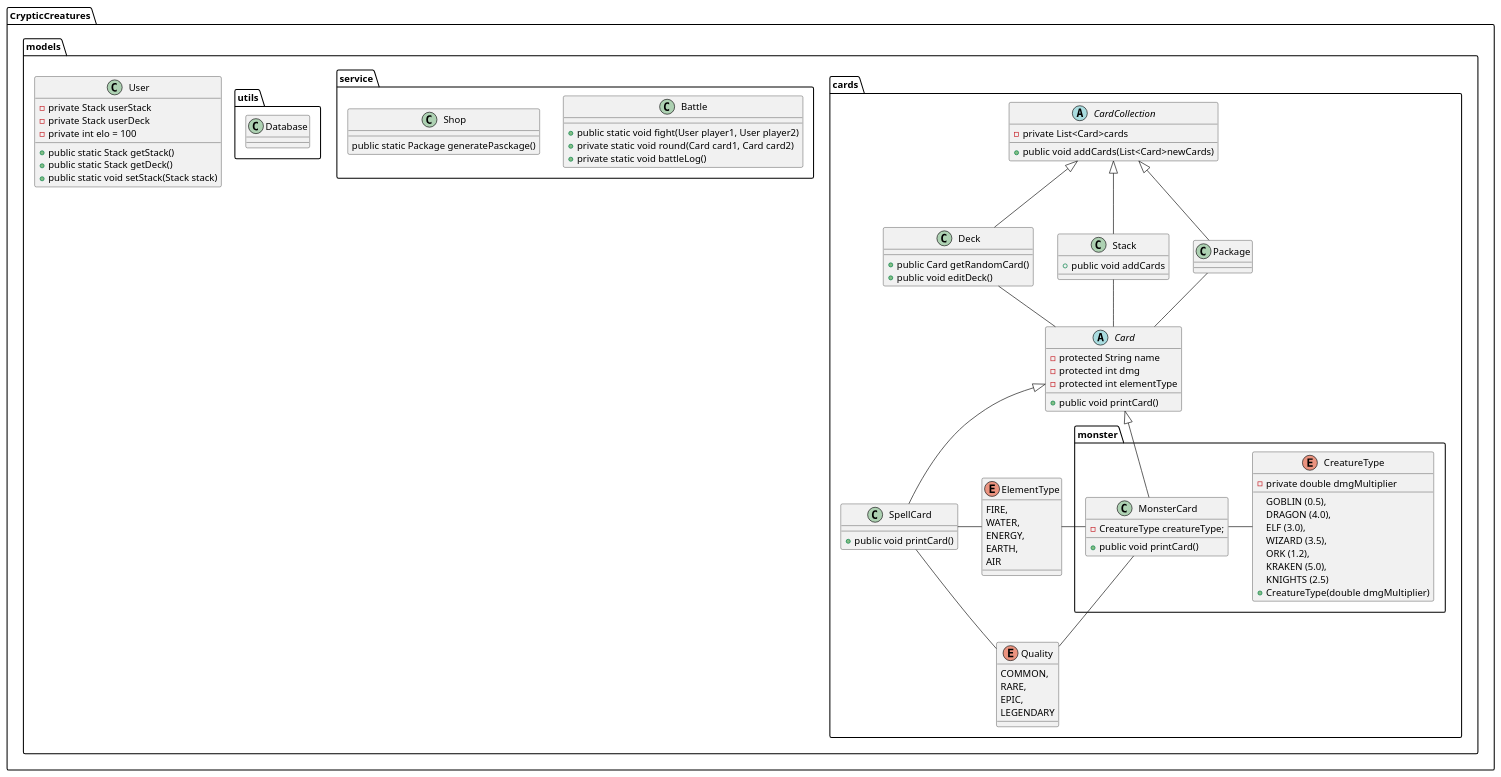
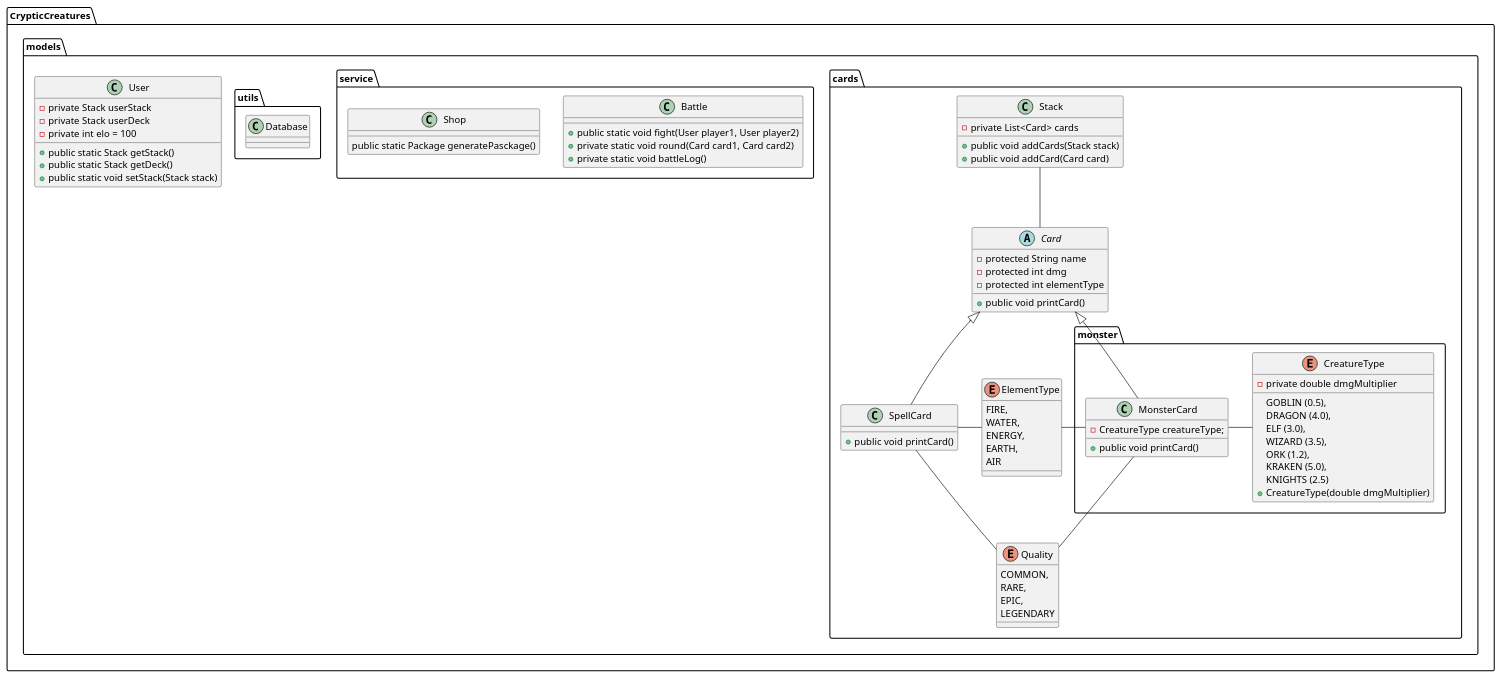
One commit to Ceraplex/CrypticCreatures changed the diagram in TCG_Classes.puml. Above: the diagram before and after it, drawn with PlantUML. The commit also changed 5 other files, not shown here.

Commit message:
Added controllers and dispatcher routes for all required top level routes. Updated TCG class diagramm

```diff
--- a/TCG_Classes.puml
+++ b/TCG_Classes.puml
@@ -1,116 +1,97 @@
 @startuml
 'https://plantuml.com/class-diagram
 
 package CrypticCreatures.models{
     package cards{
-
-        CardCollection <|-- Deck
-        CardCollection <|-- Stack
-        CardCollection <|-- Package
-
-        Deck -- Card
         Stack -- Card
-        Package -- Card
 
         Card <|-- SpellCard
 
         SpellCard - ElementType
         SpellCard -- Quality
 
-
-
-
-        abstract class CardCollection{
-            -private List<Card>cards
-            +public void addCards(List<Card>newCards)
+        class Stack{
+            -private List<Card> cards
+            +public void addCards(Stack stack)
+            +public void addCard(Card card)
         }
-        class Deck{
-            +public Card getRandomCard()
-            +public void editDeck()
-        }
-        class Stack{
-            +public void addCards
-        }
-        class Package
-
 
         abstract class Card{
             -protected String name
             -protected int dmg
             -protected int elementType
             +public void printCard()
         }
 
         class SpellCard{
             +public void printCard()
         }
 
         package monster{
             Card <|-- MonsterCard
 
             MonsterCard - CreatureType
             ElementType - MonsterCard
 
             MonsterCard -- Quality
 
             class MonsterCard{
                 -CreatureType creatureType;
                 +public void printCard()
             }
             enum CreatureType {
                         GOBLIN (0.5),
                         DRAGON (4.0),
                         ELF (3.0),
                         WIZARD (3.5),
                         ORK (1.2),
                         KRAKEN (5.0),
                         KNIGHTS (2.5)
 
                         -private double dmgMultiplier
                         +CreatureType(double dmgMultiplier)
             }
         }
 
         enum Quality {
             COMMON,
             RARE,
             EPIC,
             LEGENDARY
         }
         enum ElementType {
             FIRE,
             WATER,
             ENERGY,
             EARTH,
             AIR
         }
 
 
     }
 
     package service{
         class Battle{
             +public static void fight(User player1, User player2)
             +private static void round(Card card1, Card card2)
             +private static void battleLog()
         }
         class Shop{
             public static Package generatePasckage()
         }
     }
     class User{
         -private Stack userStack
         -private Stack userDeck
         -private int elo = 100
         +public static Stack getStack()
         +public static Stack getDeck()
         +public static void setStack(Stack stack)
     }
 
     package utils{
         class Database
     }
 
-
 }
 @enduml
```
